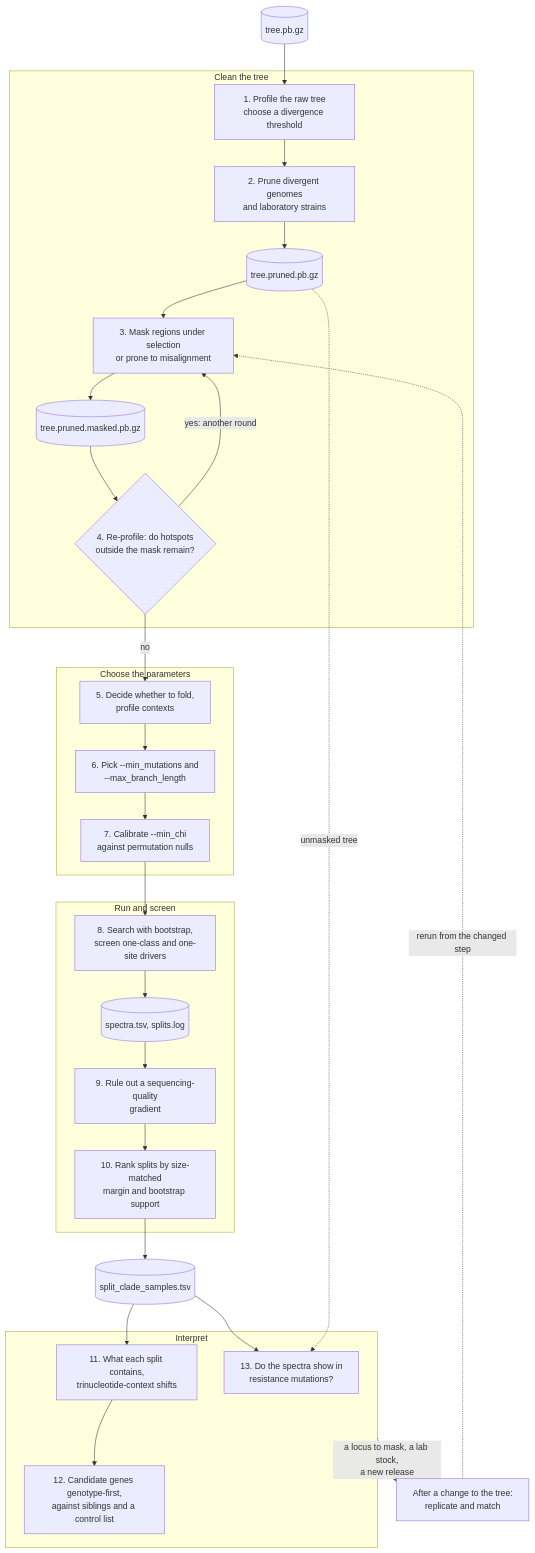
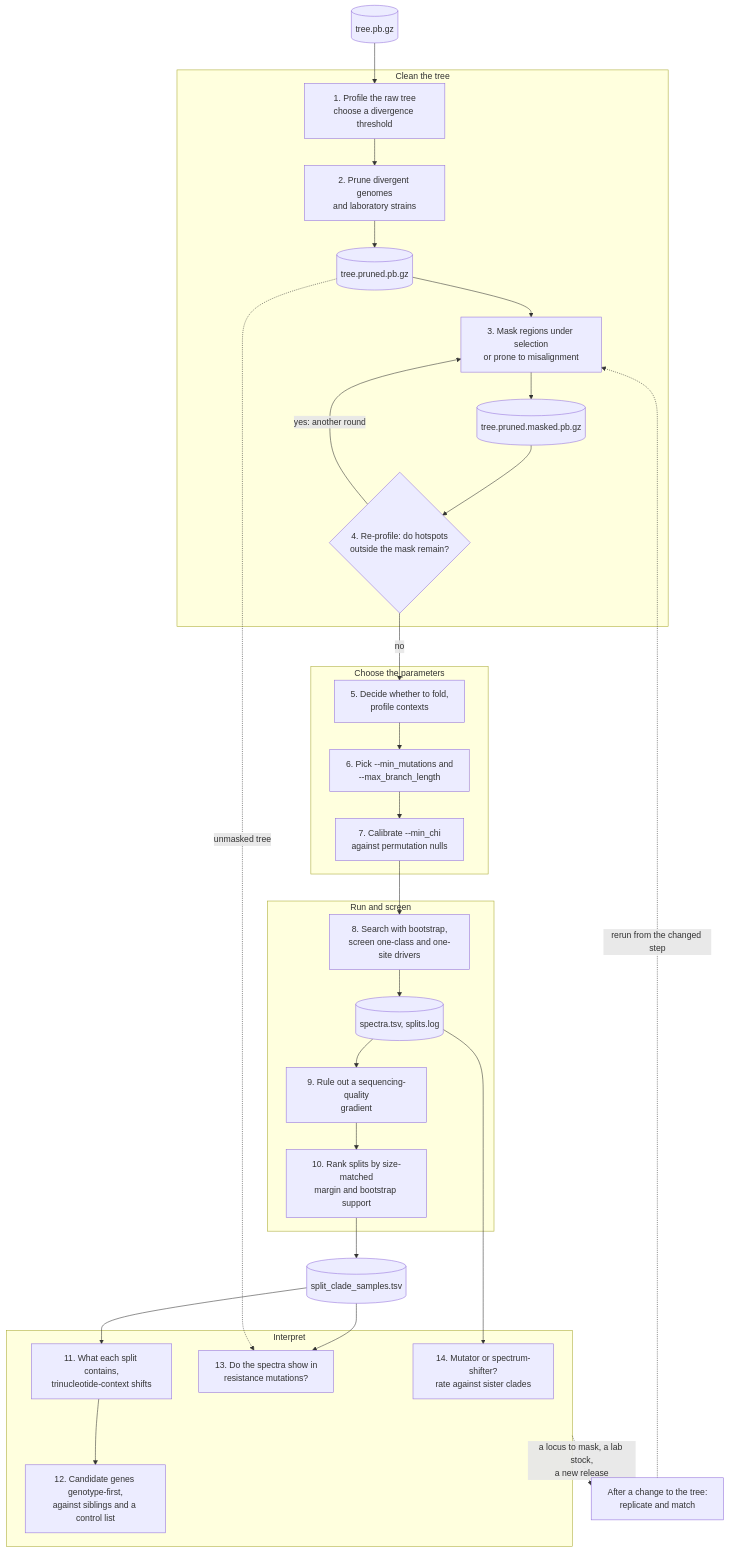
Before and after one commit to AngieHinrichs/spectrumSplits: the diagram in tuning/HOWTO.md, drawn with Mermaid. The commit also changed other lines of this file and 4 other files, not shown here.

First line of the commit message:
split_rates.py: step 14, is a split a mutator, a spectrum-shifter, or both

````diff
--- a/tuning/HOWTO.md
+++ b/tuning/HOWTO.md
@@ -17,45 +17,47 @@
 ```mermaid
 flowchart TD
     raw[("tree.pb.gz")]
 
     subgraph clean["Clean the tree"]
         s1["1. Profile the raw tree<br/>choose a divergence threshold"]
         s2["2. Prune divergent genomes<br/>and laboratory strains"]
         pruned[("tree.pruned.pb.gz")]
         s3["3. Mask regions under selection<br/>or prone to misalignment"]
         masked[("tree.pruned.masked.pb.gz")]
         s4{"4. Re-profile: do hotspots<br/>outside the mask remain?"}
     end
 
     subgraph params["Choose the parameters"]
         s5["5. Decide whether to fold,<br/>profile contexts"]
         s6["6. Pick --min_mutations and<br/>--max_branch_length"]
         s7["7. Calibrate --min_chi<br/>against permutation nulls"]
     end
 
     subgraph screen["Run and screen"]
         s8["8. Search with bootstrap,<br/>screen one-class and one-site drivers"]
         spectra[("spectra.tsv, splits.log")]
         s9["9. Rule out a sequencing-quality<br/>gradient"]
         s10["10. Rank splits by size-matched<br/>margin and bootstrap support"]
     end
 
     subgraph interpret["Interpret"]
         s11["11. What each split contains,<br/>trinucleotide-context shifts"]
         s12["12. Candidate genes genotype-first,<br/>against siblings and a control list"]
         s13["13. Do the spectra show in<br/>resistance mutations?"]
+        s14["14. Mutator or spectrum-shifter?<br/>rate against sister clades"]
     end
 
     clades[("split_clade_samples.tsv")]
     change["After a change to the tree:<br/>replicate and match"]
 
     raw --> s1 --> s2 --> pruned --> s3 --> masked --> s4
     s4 -- "yes: another round" --> s3
     s4 -- no --> s5 --> s6 --> s7 --> s8
     s8 --> spectra --> s9 --> s10 --> clades
     clades --> s11 --> s12
     clades --> s13
+    spectra --> s14
     pruned -. "unmasked tree" .-> s13
     interpret -. "a locus to mask, a lab stock,<br/>a new release" .-> change
     change -. "rerun from the changed step" .-> s3
 ```
````
